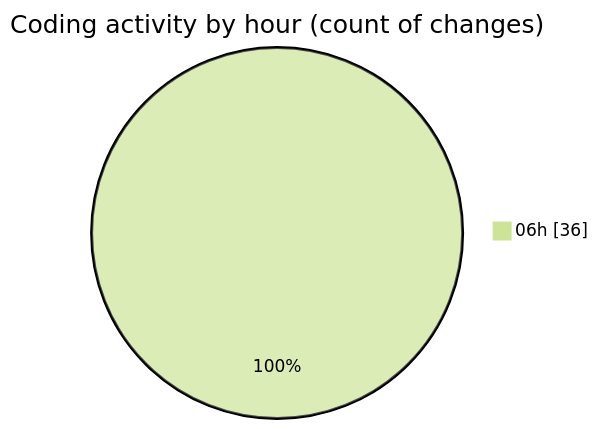
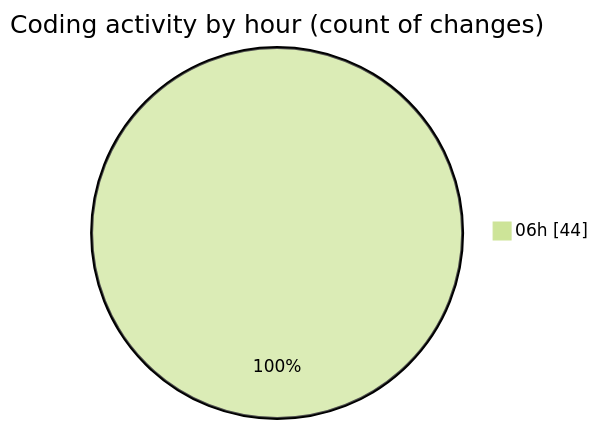
One commit to becaeroporto-bot/code-tracking changed the second of 2 diagrams in 2026-02-21/bot_i_a/README.md. Above: the diagram before and after it, drawn with Mermaid (forest theme). The commit also changed other lines of this file and 1 other file, not shown here.

````diff
--- a/2026-02-21/bot_i_a/README.md
+++ b/2026-02-21/bot_i_a/README.md
@@ -42,5 +42,5 @@
 ```mermaid
 pie showData
 title Coding activity by hour (count of changes)
-"06h" : 36
+"06h" : 44
 ```
````
